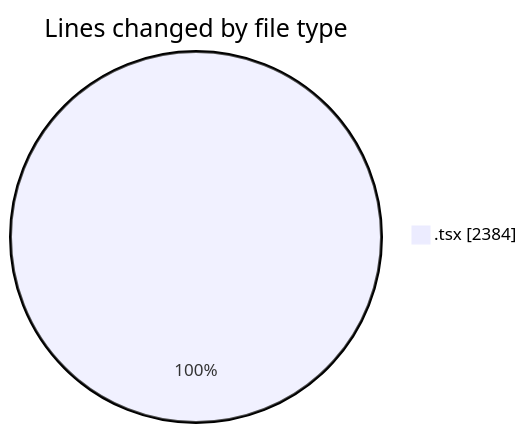
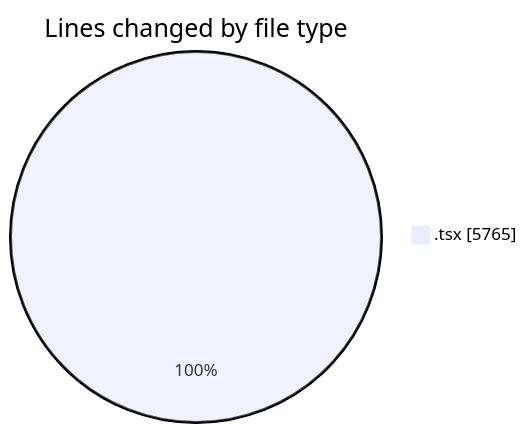
One commit to momahboobian/code-tracking changed the first of 2 diagrams in 2025-12-04/cda/README.md. Above: the diagram before and after it, drawn with Mermaid. The commit also changed other lines of this file and 1 other file, not shown here.

````diff
--- a/2025-12-04/cda/README.md
+++ b/2025-12-04/cda/README.md
@@ -22,5 +22,5 @@
 ```mermaid
 pie showData
 title Lines changed by file type
-".tsx" : 2384
+".tsx" : 5765
 ```
````
